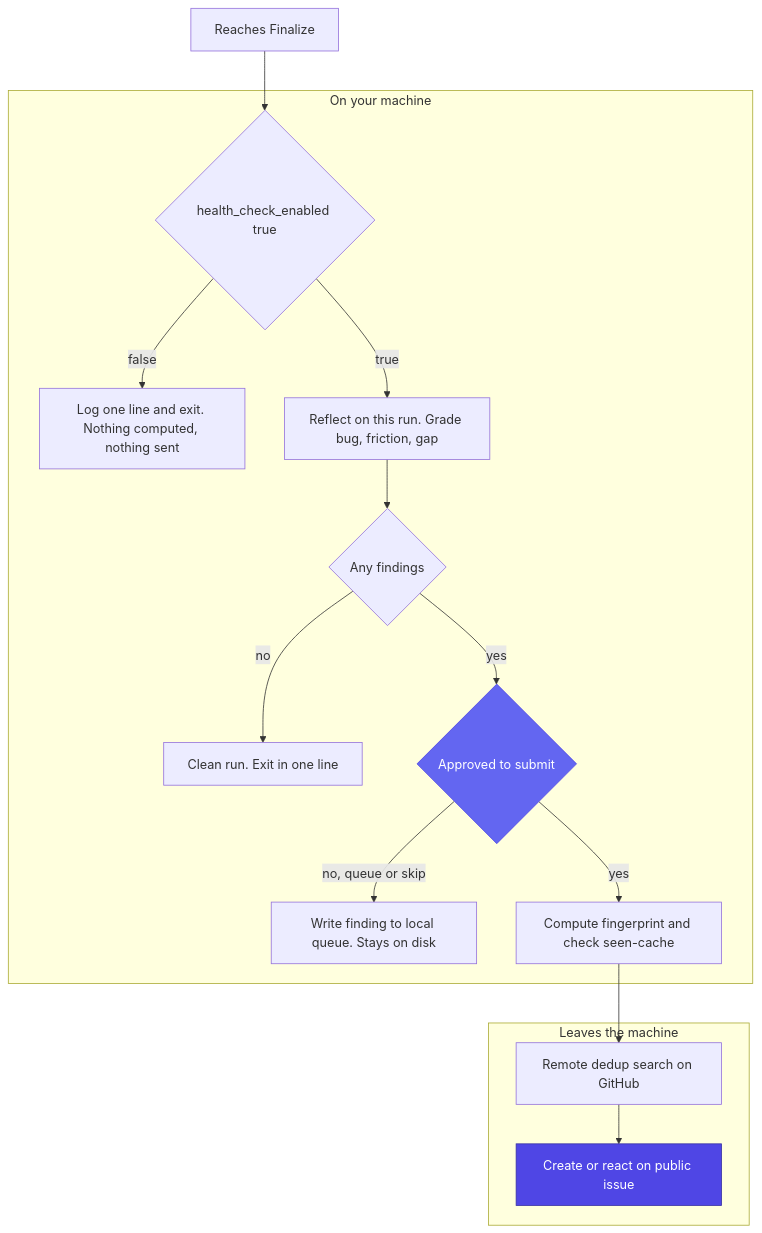
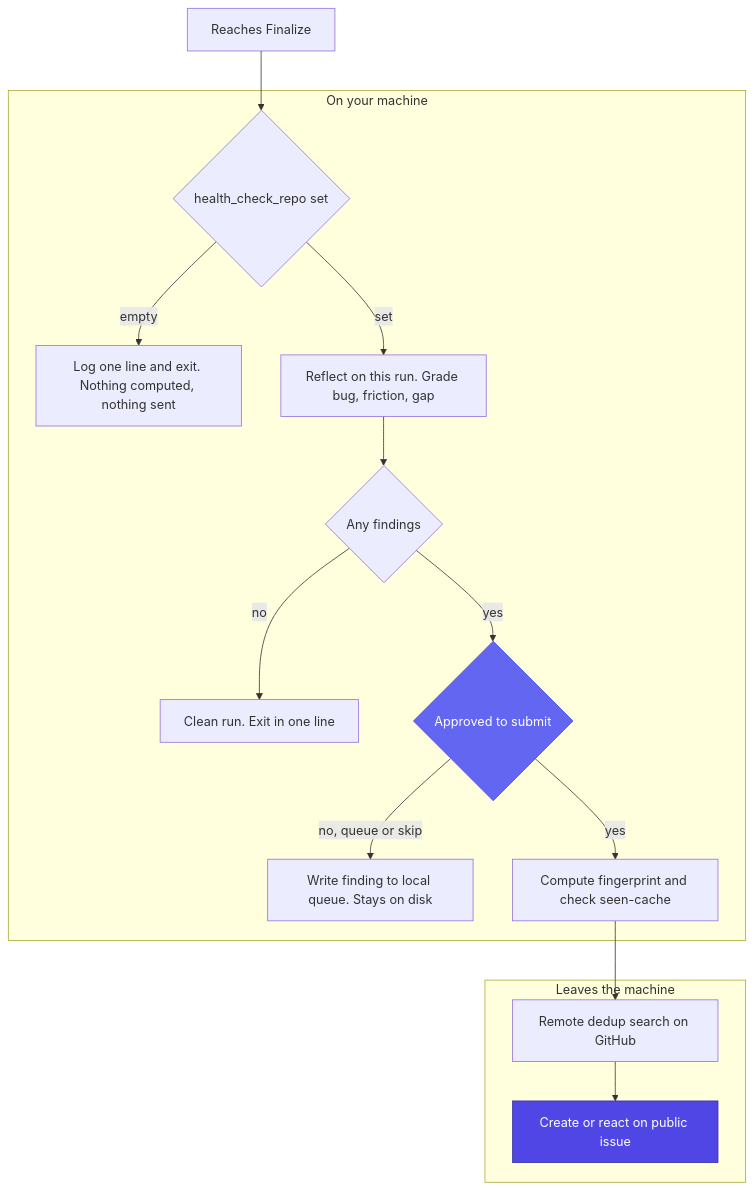
One commit to armelhbobdad/bmad-module-ultracode-goal changed the diagram in docs/health-check.md. Above: the diagram before and after it, drawn with Mermaid. The commit also changed other lines of this file and 25 other files, not shown here.

````diff
--- a/docs/health-check.md
+++ b/docs/health-check.md
@@ -32,33 +32,33 @@
 ```mermaid
 flowchart TD
-    Start["Reaches Finalize"] --> Enabled{"health_check_enabled true"}
-    Enabled -->|"false"| Off["Log one line and exit. Nothing computed, nothing sent"]
-    Enabled -->|"true"| Reflect["Reflect on this run. Grade bug, friction, gap"]
+    Start["Reaches Finalize"] --> Enabled{"health_check_repo set"}
+    Enabled -->|"empty"| Off["Log one line and exit. Nothing computed, nothing sent"]
+    Enabled -->|"set"| Reflect["Reflect on this run. Grade bug, friction, gap"]
     Reflect --> Clean{"Any findings"}
     Clean -->|"no"| Done["Clean run. Exit in one line"]
     Clean -->|"yes"| Gate{"Approved to submit"}
     Gate -->|"no, queue or skip"| Queue["Write finding to local queue. Stays on disk"]
     Gate -->|"yes"| Fp["Compute fingerprint and check seen-cache"]
     Fp --> Search["Remote dedup search on GitHub"]
     Search --> Create["Create or react on public issue"]
 
     subgraph local["On your machine"]
         Enabled
         Off
         Reflect
         Clean
         Done
         Gate
         Queue
         Fp
     end
     subgraph net["Leaves the machine"]
         Search
         Create
     end
 
     classDef accent fill:#6366F1,stroke:#4F46E5,color:#fff
     classDef verdict fill:#4F46E5,stroke:#3730A3,color:#fff
     class Gate accent
     class Create verdict
 ```
````
